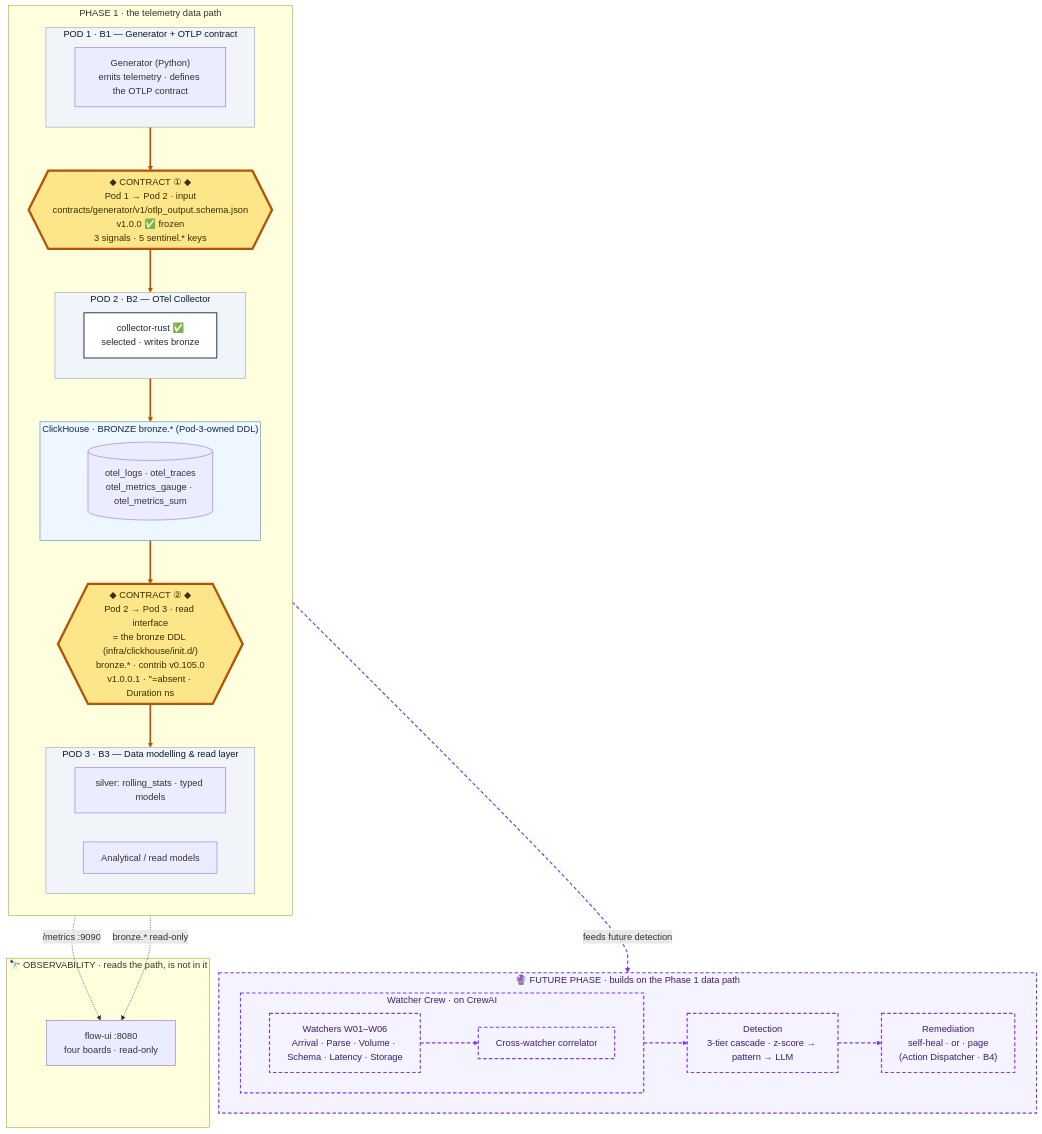
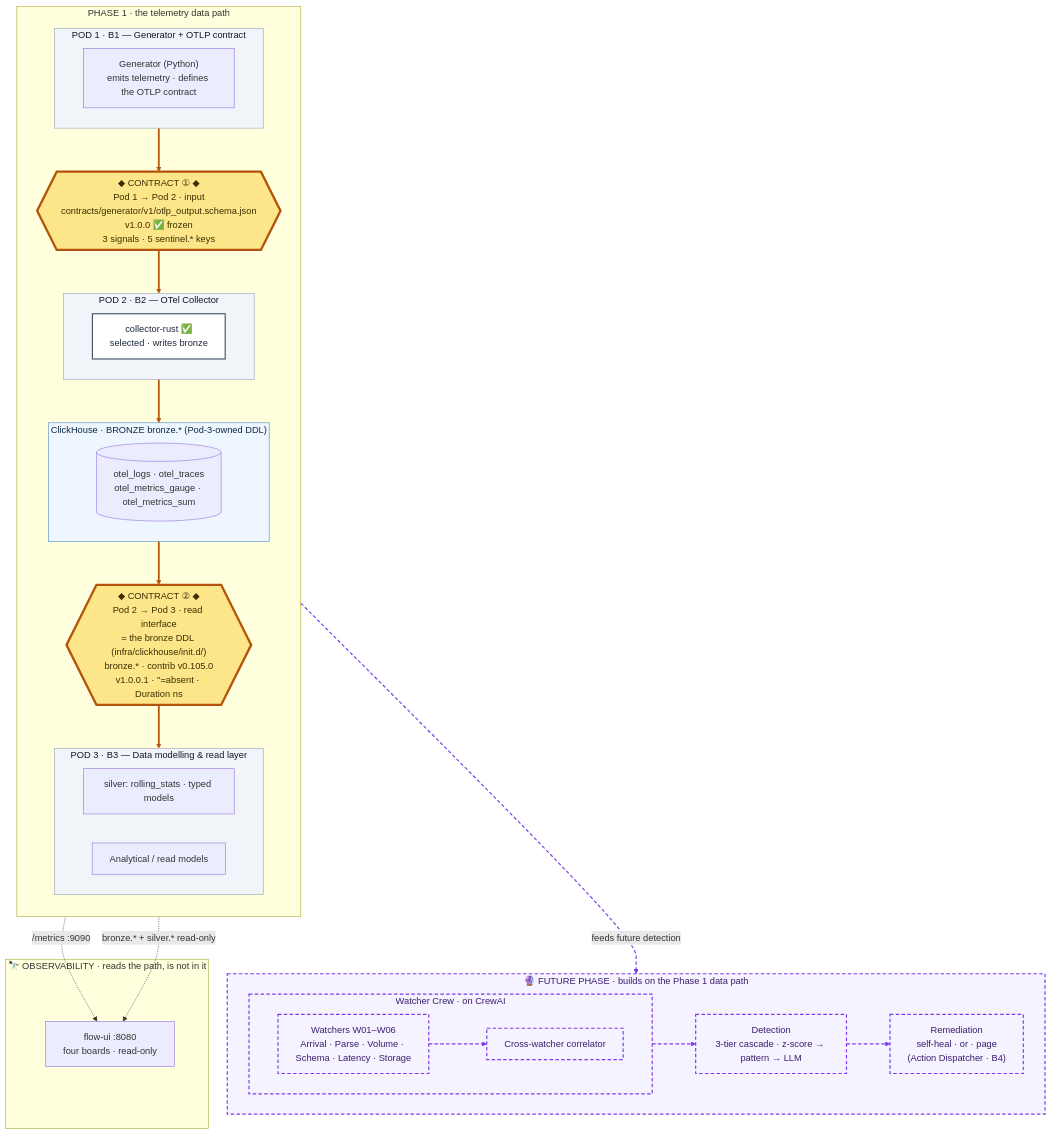
Before and after one commit to luanmorenommaciel/sentinel: the diagram in README.md, drawn with Mermaid. The commit also changed other lines of this file and 9 other files, not shown here.

````diff
--- a/README.md
+++ b/README.md
@@ -14,64 +14,64 @@
 ```mermaid
 flowchart TB
     subgraph PHASE1["PHASE 1 · the telemetry data path"]
         direction TB
         subgraph POD1["POD 1 · B1 — Generator + OTLP contract"]
             GEN["Generator (Python)<br/>emits telemetry · defines the OTLP contract"]
         end
 
         C1{{"◆ CONTRACT ① ◆<br/>Pod 1 → Pod 2 · input<br/>contracts/generator/v1/otlp_output.schema.json<br/>v1.0.0 ✅ frozen<br/>3 signals · 5 sentinel.* keys"}}
 
         subgraph POD2["POD 2 · B2 — OTel Collector"]
             CRUST["collector-rust ✅<br/>selected · writes bronze"]
         end
 
         subgraph STORE["ClickHouse · BRONZE bronze.* (Pod-3-owned DDL)"]
             direction LR
             RAW[("otel_logs · otel_traces<br/>otel_metrics_gauge · otel_metrics_sum")]
         end
 
         C2{{"◆ CONTRACT ② ◆<br/>Pod 2 → Pod 3 · read interface<br/>= the bronze DDL (infra/clickhouse/init.d/)<br/>bronze.* · contrib v0.105.0<br/>v1.0.0.1 · ''=absent · Duration ns"}}
 
         subgraph POD3["POD 3 · B3 — Data modelling & read layer"]
             direction LR
             SILVER["silver: rolling_stats · typed models"]
             DM["Analytical / read models"]
         end
 
         POD1 ==> C1 ==> POD2 ==> STORE ==> C2 ==> POD3
     end
 
     subgraph FUTURE["🔮 FUTURE PHASE · builds on the Phase 1 data path"]
         direction LR
         subgraph CREW["Watcher Crew · on CrewAI"]
             direction LR
             WATCH["Watchers W01–W06<br/>Arrival · Parse · Volume · Schema · Latency · Storage"]
             XCORR["Cross-watcher correlator"]
             WATCH --> XCORR
         end
         DETECT["Detection<br/>3-tier cascade · z-score → pattern → LLM"]
         REMED["Remediation<br/>self-heal · or · page<br/>(Action Dispatcher · B4)"]
         CREW --> DETECT --> REMED
     end
 
     POD3 -.->|"feeds future detection"| FUTURE
 
     subgraph OBS["🔭 OBSERVABILITY · reads the path, is not in it"]
         FLOW["flow-ui :8080<br/>four boards · read-only"]
     end
     POD2 -. "/metrics :9090" .-> FLOW
-    STORE -. "bronze.* read-only" .-> FLOW
+    STORE -. "bronze.* + silver.* read-only" .-> FLOW
 
     classDef contract fill:#fde68a,stroke:#b45309,stroke-width:4px,color:#3a2f00;
     classDef zone fill:#f1f5f9,stroke:#94a3b8,color:#0f172a;
     classDef store fill:#eef6ff,stroke:#4a86c5,color:#0d2a45;
     classDef refimpl fill:#ffffff,stroke:#475569,stroke-width:2px,color:#1e293b;
     classDef future fill:#f5f3ff,stroke:#7c3aed,stroke-width:2px,stroke-dasharray:6 4,color:#3b1d6e;
     class C1,C2 contract;
     class POD1,POD2,POD3 zone;
     class STORE store;
     class CRUST refimpl;
     class FUTURE,CREW,WATCH,XCORR,DETECT,REMED future;
     linkStyle 0,1,2,3,4 stroke:#b45309,stroke-width:3px;
     linkStyle 5,6,7,8 stroke:#7c3aed,stroke-width:2px,stroke-dasharray:6 4;
 ```
````
